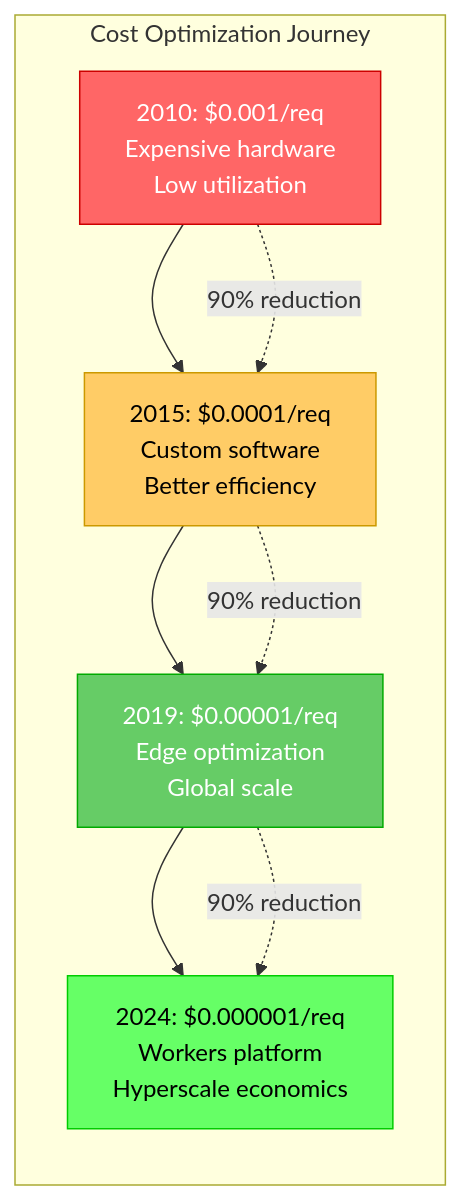
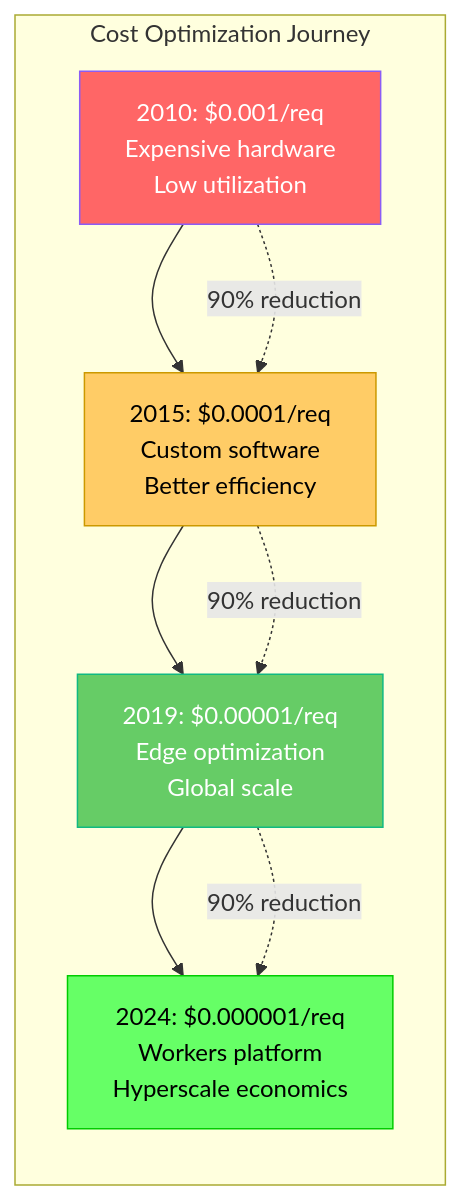
Before and after one commit to deepaucksharma/DS: the seventh of 8 diagrams in site/docs/systems/cloudflare/scale-evolution.md, drawn with Mermaid. The commit also changed other lines of this file and 303 other files, not shown here.

````diff
--- a/site/docs/systems/cloudflare/scale-evolution.md
+++ b/site/docs/systems/cloudflare/scale-evolution.md
@@ -259,29 +259,29 @@
 ```mermaid
 graph LR
     subgraph "Cost Optimization Journey"
         COST_2010[2010: $0.001/req<br/>Expensive hardware<br/>Low utilization]
         COST_2015[2015: $0.0001/req<br/>Custom software<br/>Better efficiency]
         COST_2019[2019: $0.00001/req<br/>Edge optimization<br/>Global scale]
         COST_2024[2024: $0.000001/req<br/>Workers platform<br/>Hyperscale economics]
 
         COST_2010 --> COST_2015
         COST_2015 --> COST_2019
         COST_2019 --> COST_2024
     end
 
     %% Cost reduction annotations
     COST_2010 -.->|90% reduction| COST_2015
     COST_2015 -.->|90% reduction| COST_2019
     COST_2019 -.->|90% reduction| COST_2024
 
     %% Apply cost colors
-    classDef expensiveStyle fill:#FF6666,stroke:#CC0000,color:#fff
+    classDef expensiveStyle fill:#FF6666,stroke:#8B5CF6,color:#fff
     classDef moderateStyle fill:#FFCC66,stroke:#CC9900,color:#000
-    classDef efficientStyle fill:#66CC66,stroke:#00AA00,color:#fff
+    classDef efficientStyle fill:#66CC66,stroke:#10B981,color:#fff
     classDef optimalStyle fill:#66FF66,stroke:#00CC00,color:#000
 
     class COST_2010 expensiveStyle
     class COST_2015 moderateStyle
     class COST_2019 efficientStyle
     class COST_2024 optimalStyle
 ```
````
